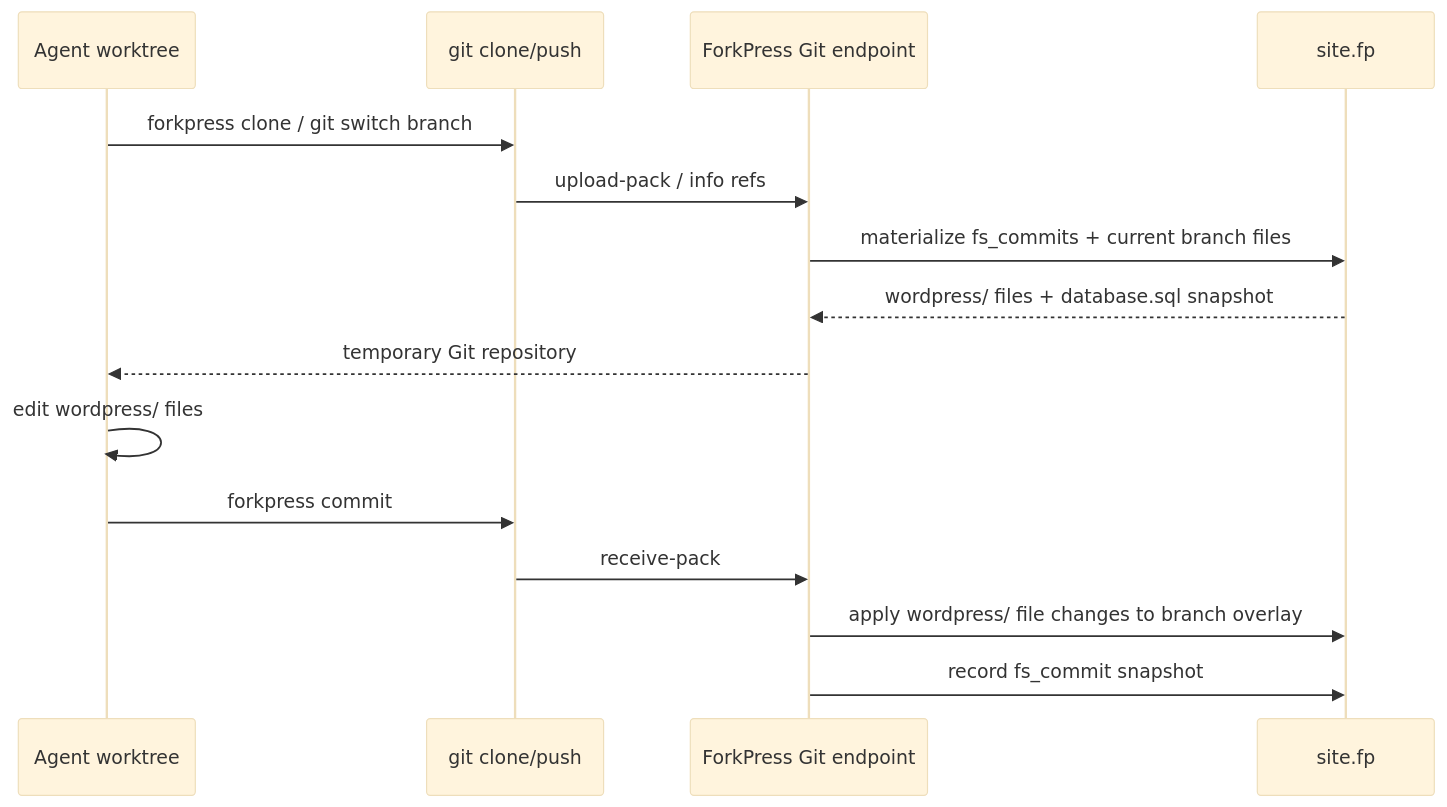
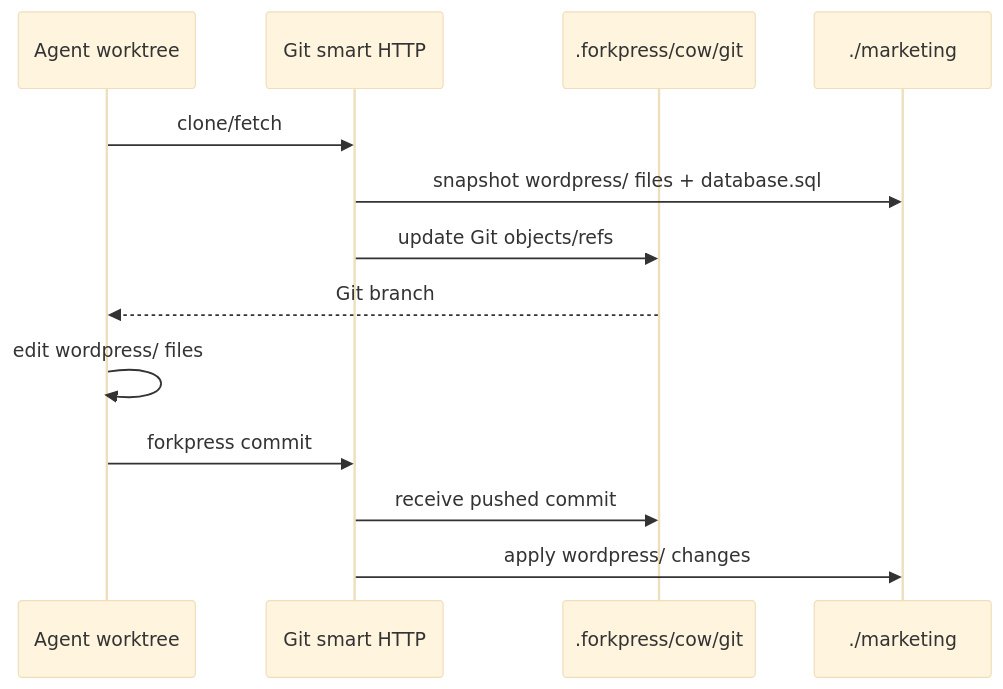
The second of 2 diagrams in README.md (Automattic/forkpress), drawn with Mermaid (base theme) before and after one commit. The commit also changed other lines of this file and 6 other files, not shown here.

Commit message:
Make COW strategy support Git workflows

````diff
--- a/README.md
+++ b/README.md
@@ -529,19 +304,17 @@
 ```mermaid
 sequenceDiagram
     participant Agent as Agent worktree
-    participant Git as git clone/push
-    participant Server as ForkPress Git endpoint
-    participant Store as site.fp
+    participant Git as Git smart HTTP
+    participant Store as .forkpress/cow/git
+    participant Branch as ./marketing
 
-    Agent->>Git: forkpress clone / git switch branch
-    Git->>Server: upload-pack / info refs
-    Server->>Store: materialize fs_commits + current branch files
-    Store-->>Server: wordpress/ files + database.sql snapshot
-    Server-->>Agent: temporary Git repository
+    Agent->>Git: clone/fetch
+    Git->>Branch: snapshot wordpress/ files + database.sql
+    Git->>Store: update Git objects/refs
+    Store-->>Agent: Git branch
 
     Agent->>Agent: edit wordpress/ files
     Agent->>Git: forkpress commit
-    Git->>Server: receive-pack
-    Server->>Store: apply wordpress/ file changes to branch overlay
-    Server->>Store: record fs_commit snapshot
+    Git->>Store: receive pushed commit
+    Git->>Branch: apply wordpress/ changes
 ```
````
